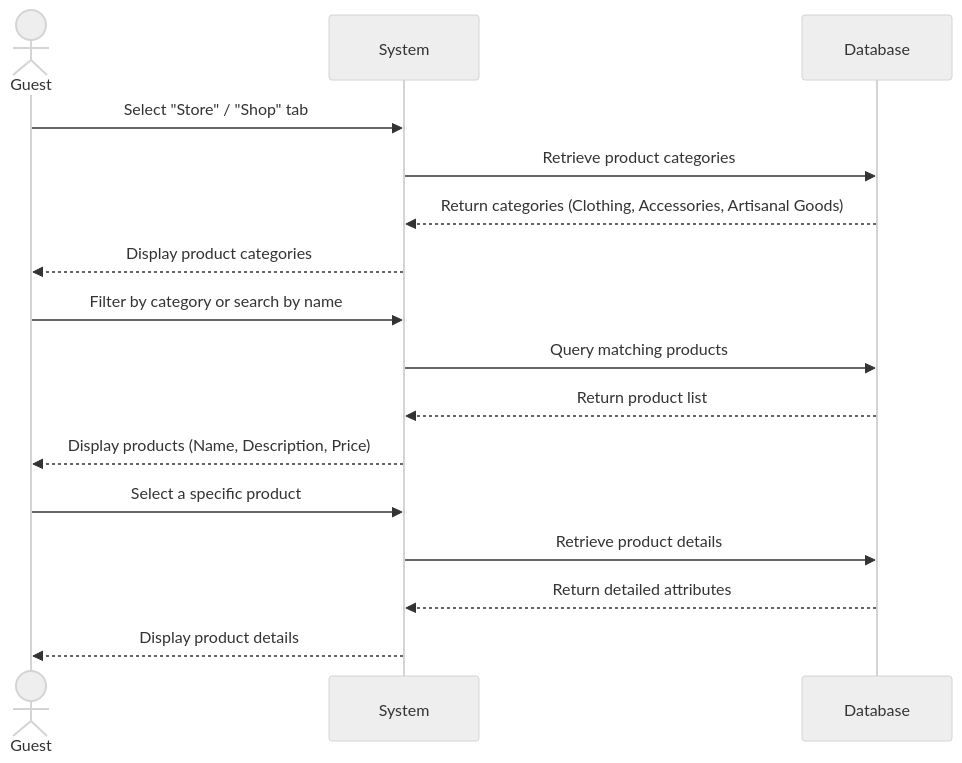
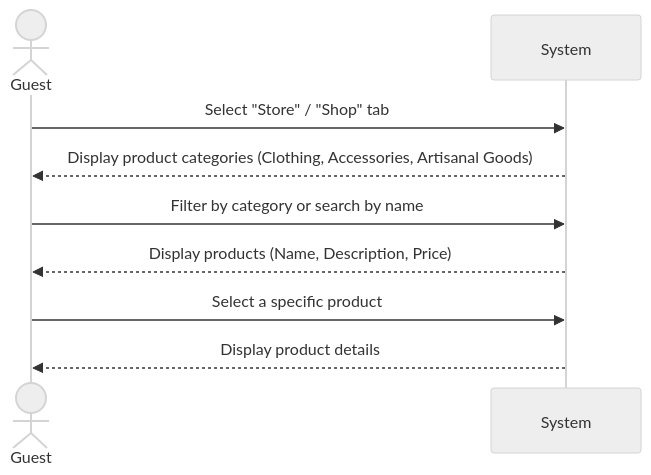
The diagram in Documentation/User-Cases/BrowseProductCatalog.md (JaceYar/Software1-Proj), drawn with Mermaid (neutral theme) before and after one commit. The commit also changed 11 other files, not shown here.

Commit message:
fix the diagrams

````diff
--- a/Documentation/User-Cases/BrowseProductCatalog.md
+++ b/Documentation/User-Cases/BrowseProductCatalog.md
@@ -11,19 +11,12 @@
 ```mermaid
 sequenceDiagram
     actor Guest
     participant System
-    participant Database
 
     Guest->>System: Select "Store" / "Shop" tab
-    System->>Database: Retrieve product categories
-    Database-->>System: Return categories (Clothing, Accessories, Artisanal Goods)
-    System-->>Guest: Display product categories
+    System-->>Guest: Display product categories (Clothing, Accessories, Artisanal Goods)
     Guest->>System: Filter by category or search by name
-    System->>Database: Query matching products
-    Database-->>System: Return product list
     System-->>Guest: Display products (Name, Description, Price)
     Guest->>System: Select a specific product
-    System->>Database: Retrieve product details
-    Database-->>System: Return detailed attributes
     System-->>Guest: Display product details
 ```
````
